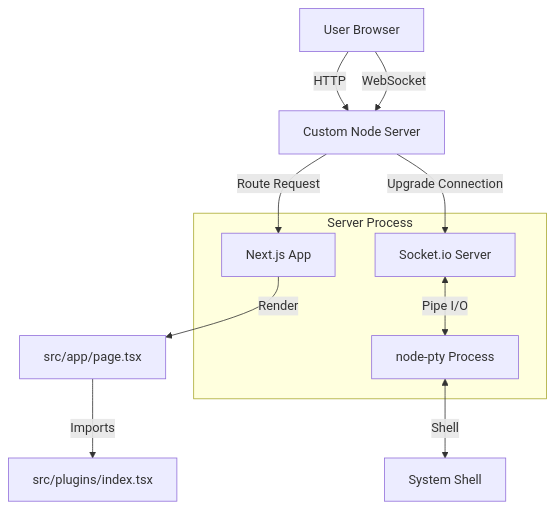
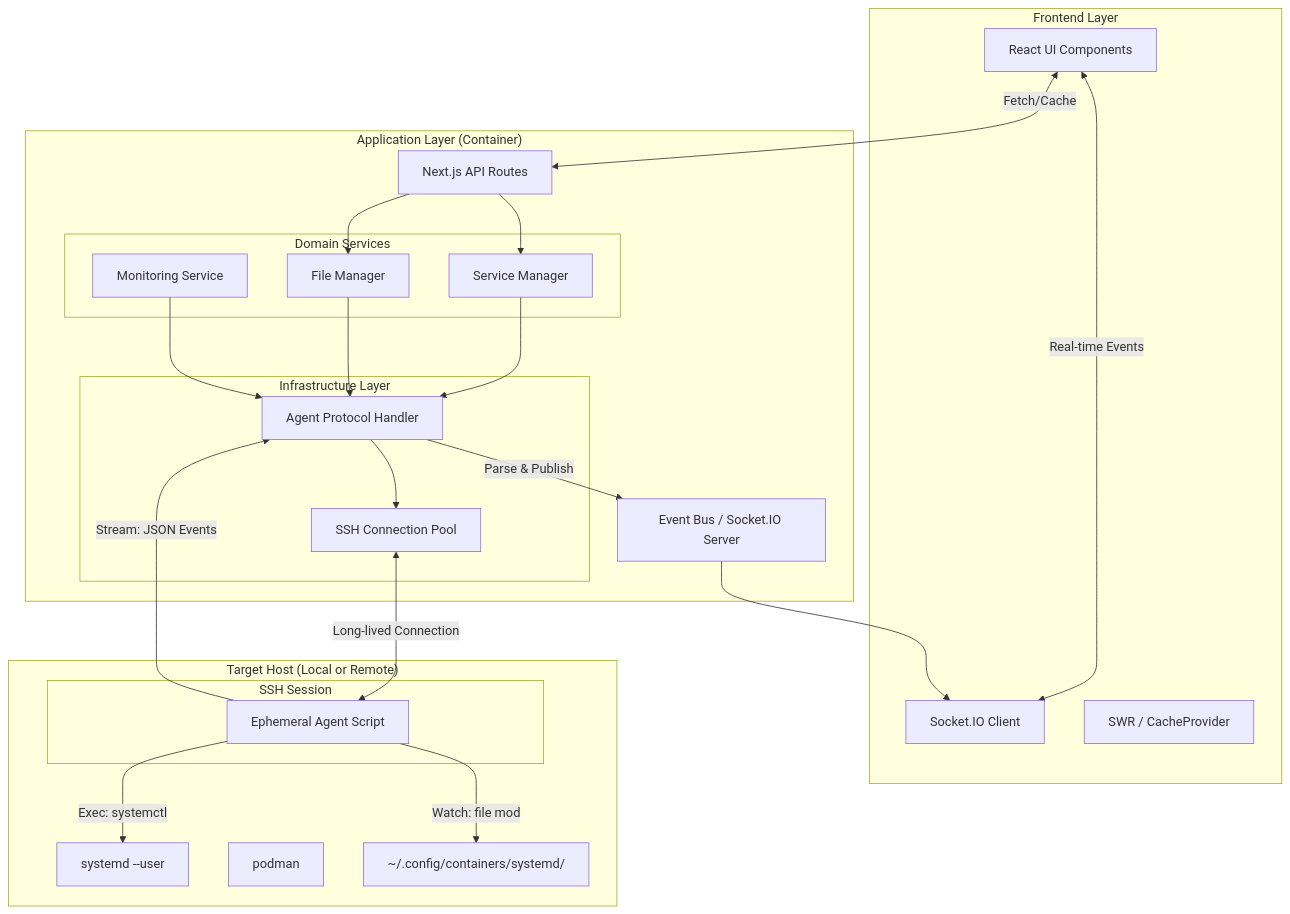
One commit to mdopp/servicebay changed the diagram in ARCHITECTURE.md. Above: the diagram before and after it, drawn with Mermaid. The commit also changed other lines of this file and 39 other files, not shown here.

````diff
--- a/ARCHITECTURE.md
+++ b/ARCHITECTURE.md
@@ -51,19 +19,52 @@
 ```mermaid
 graph TD
-    User[User Browser] -->|HTTP| Server[Custom Node Server]
-    User -->|WebSocket| Server
+    subgraph "Frontend Layer"
+        UI[React UI Components]
+        SocketClient[Socket.IO Client]
+        Cache[SWR / CacheProvider]
+    end
+
+    subgraph "Application Layer (Container)"
+        API[Next.js API Routes]
+        EventBus[Event Bus / Socket.IO Server]
+        
+        subgraph "Domain Services"
+            SvcMgr[Service Manager]
+            FileMgr[File Manager]
+            Monitor[Monitoring Service]
+        end
+
+        subgraph "Infrastructure Layer"
+            Pool[SSH Connection Pool]
+            AgentHandler[Agent Protocol Handler]
+        end
+    end
+
+    subgraph "Target Host (Local or Remote)"
+        subgraph "SSH Session"
+            Script[Ephemeral Agent Script]
+        end
+        
+        Systemd[systemd --user]
+        Podman[podman]
+        Files[~/.config/containers/systemd/]
+    end
+
+    %% Data Flow
+    UI <-->|Fetch/Cache| API
+    UI <-->|Real-time Events| SocketClient
     
-    subgraph Server Process
-        NextApp[Next.js App]
-        SocketIO[Socket.io Server]
-        PTY[node-pty Process]
-    end
+    API --> SvcMgr
+    API --> FileMgr
     
-    Server -->|Route Request| NextApp
-    Server -->|Upgrade Connection| SocketIO
-    SocketIO <-->|Pipe I/O| PTY
-    PTY <-->|Shell| System[System Shell]
+    SvcMgr & FileMgr & Monitor --> AgentHandler
+    AgentHandler --> Pool
+    Pool <-->|Long-lived Connection| Script
     
-    NextApp -->|Render| Page[src/app/page.tsx]
-    Page -->|Imports| PluginRegistry[src/plugins/index.tsx]
+    Script -->|Stream: JSON Events| AgentHandler
+    AgentHandler -->|Parse & Publish| EventBus
+    EventBus --> SocketClient
+    
+    Script -->|Exec: systemctl| Systemd
+    Script -->|Watch: file mod| Files
 ```
````
